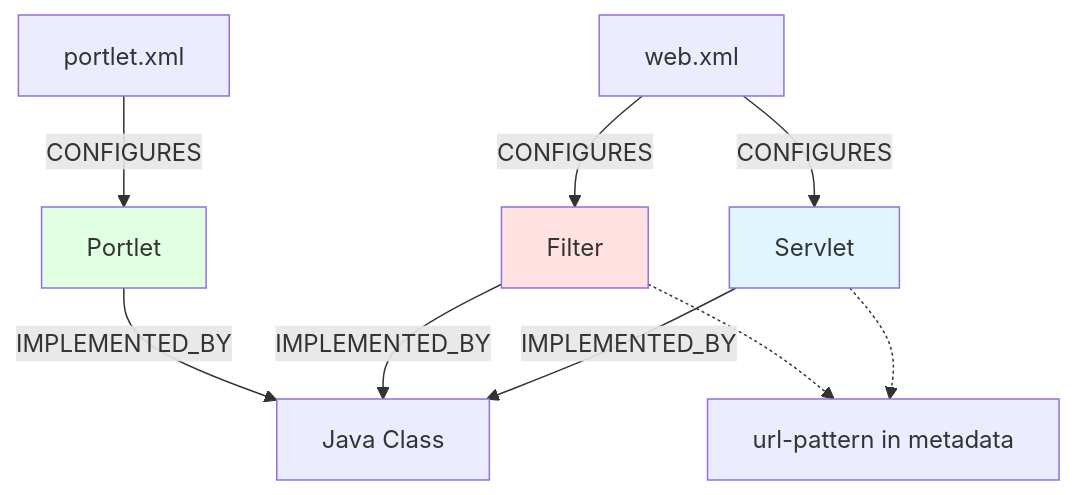
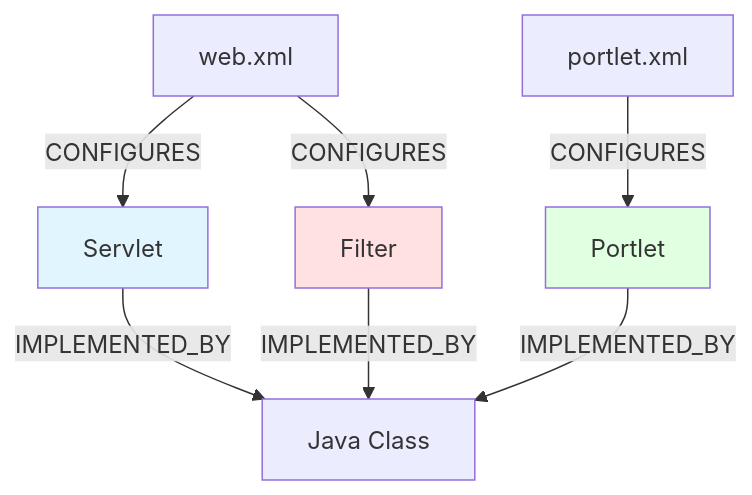
The fourth of 4 diagrams in doc/SCHEMA.md (dminier/code-continuum), drawn with Mermaid before and after one commit. The commit also changed other lines of this file and 1 other file, not shown here.

Commit message:
Translate SCHEMA docs to English and clean up corrupted content

````diff
--- a/doc/SCHEMA.md
+++ b/doc/SCHEMA.md
@@ -73,23 +70,19 @@
 ```mermaid
 graph TD
     WebXml["web.xml"]
     Servlet["Servlet"]
     Filter["Filter"]
     PortletXml["portlet.xml"]
     Portlet["Portlet"]
     JavaClass["Java Class"]
     WebXml -->|CONFIGURES| Servlet
     WebXml -->|CONFIGURES| Filter
     Servlet -->|IMPLEMENTED_BY| JavaClass
     Filter -->|IMPLEMENTED_BY| JavaClass
     PortletXml -->|CONFIGURES| Portlet
     Portlet -->|IMPLEMENTED_BY| JavaClass
-    
+
     style Servlet fill:#e1f5ff
     style Filter fill:#ffe1e1
     style Portlet fill:#e1ffe1
-    
-    note1[url-pattern in metadata]
-    Servlet -.-> note1
-    Filter -.-> note1
 ```
````
